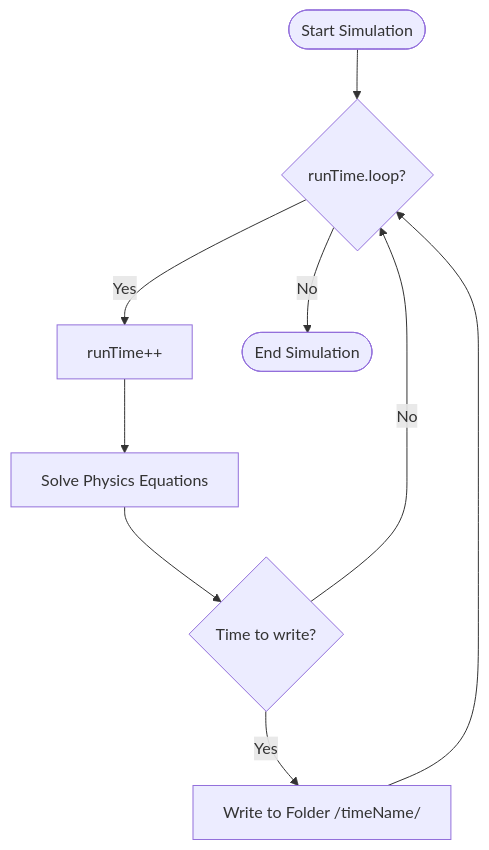
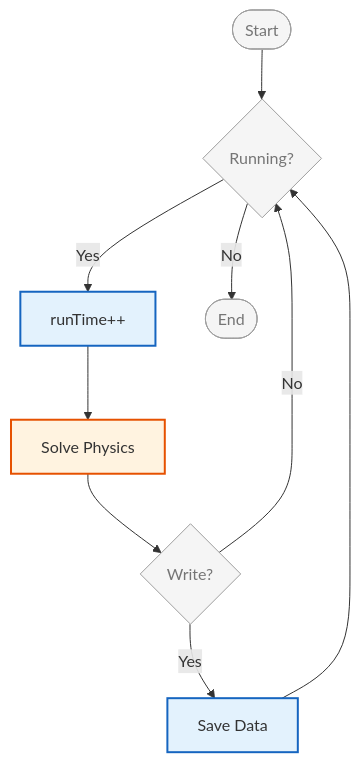
One commit to wramet/build-my-cfd changed the diagram in MODULE_05_OPENFOAM_PROGRAMMING/CONTENT/07_TIME_DATABASES/02_Time_Architecture.md. Above: the diagram before and after it, drawn with Mermaid. The commit also changed 313 other files, not shown here.

Commit message:
Revise all diagram

````diff
--- a/MODULE_05_OPENFOAM_PROGRAMMING/CONTENT/07_TIME_DATABASES/02_Time_Architecture.md
+++ b/MODULE_05_OPENFOAM_PROGRAMMING/CONTENT/07_TIME_DATABASES/02_Time_Architecture.md
@@ -1316,11 +1316,16 @@
 ```mermaid
 flowchart TD
-    Start([Start Simulation]) --> Loop{runTime.loop?}
-    Loop -- Yes --> Increment[runTime++]
-    Increment --> Physics[Solve Physics Equations]
-    Physics --> Write{Time to write?}
-    Write -- Yes --> Disk[Write to Folder /timeName/]
-    Write -- No --> Loop
-    Disk --> Loop
-    Loop -- No --> End([End Simulation])
+%% Classes
+classDef explicit fill:#fff3e0,stroke:#e65100,stroke-width:2px;
+classDef implicit fill:#e3f2fd,stroke:#1565c0,stroke-width:2px;
+classDef context fill:#f5f5f5,stroke:#9e9e9e,stroke-width:1px,color:#757575;
+%% Nodes
+Start([Start]):::context --> Loop{Running?}:::context
+Loop -- Yes --> Increment[runTime++]:::implicit
+Increment --> Physics[Solve Physics]:::explicit
+Physics --> Write{Write?}:::context
+Write -- Yes --> Disk[Save Data]:::implicit
+Write -- No --> Loop
+Disk --> Loop
+Loop -- No --> End([End]):::context
 ```
````
